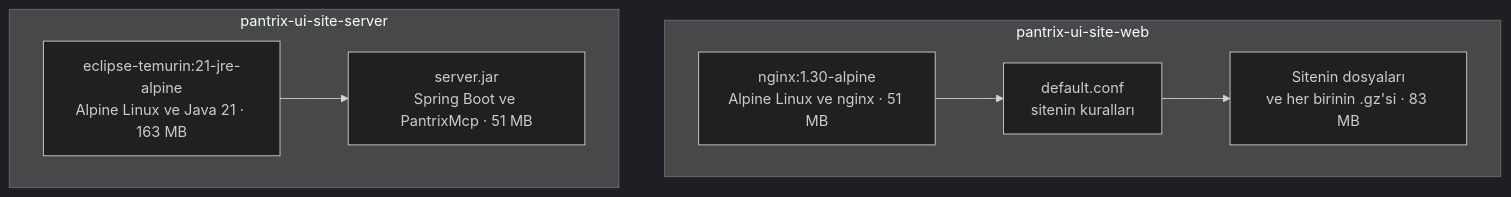
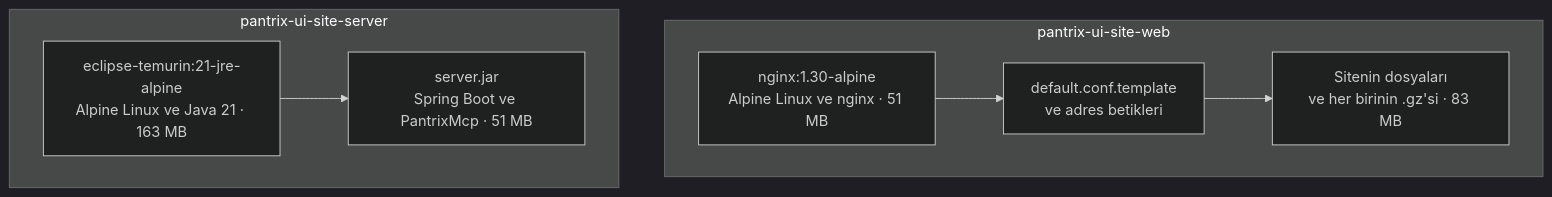
One commit to develappsancho/pantrix-ui-site changed the sixth of 10 diagrams in docs/deploy/ARCHITECTURE_GUIDE.md. Above: the diagram before and after it, drawn with Mermaid (dark theme). The commit also changed other lines of this file and 45 other files, not shown here.

````diff
--- a/docs/deploy/ARCHITECTURE_GUIDE.md
+++ b/docs/deploy/ARCHITECTURE_GUIDE.md
@@ -171,9 +171,9 @@
 ```mermaid
 flowchart TB
     subgraph webimg["pantrix-ui-site-web"]
-        w1["nginx:1.30-alpine<br/>Alpine Linux ve nginx · 51 MB"] --> w2["default.conf<br/>sitenin kuralları"] --> w3["Sitenin dosyaları<br/>ve her birinin .gz'si · 83 MB"]
+        w1["nginx:1.30-alpine<br/>Alpine Linux ve nginx · 51 MB"] --> w2["default.conf.template<br/>ve adres betikleri"] --> w3["Sitenin dosyaları<br/>ve her birinin .gz'si · 83 MB"]
     end
     subgraph srvimg["pantrix-ui-site-server"]
         s1["eclipse-temurin:21-jre-alpine<br/>Alpine Linux ve Java 21 · 163 MB"] --> s2["server.jar<br/>Spring Boot ve PantrixMcp · 51 MB"]
     end
 ```
````
